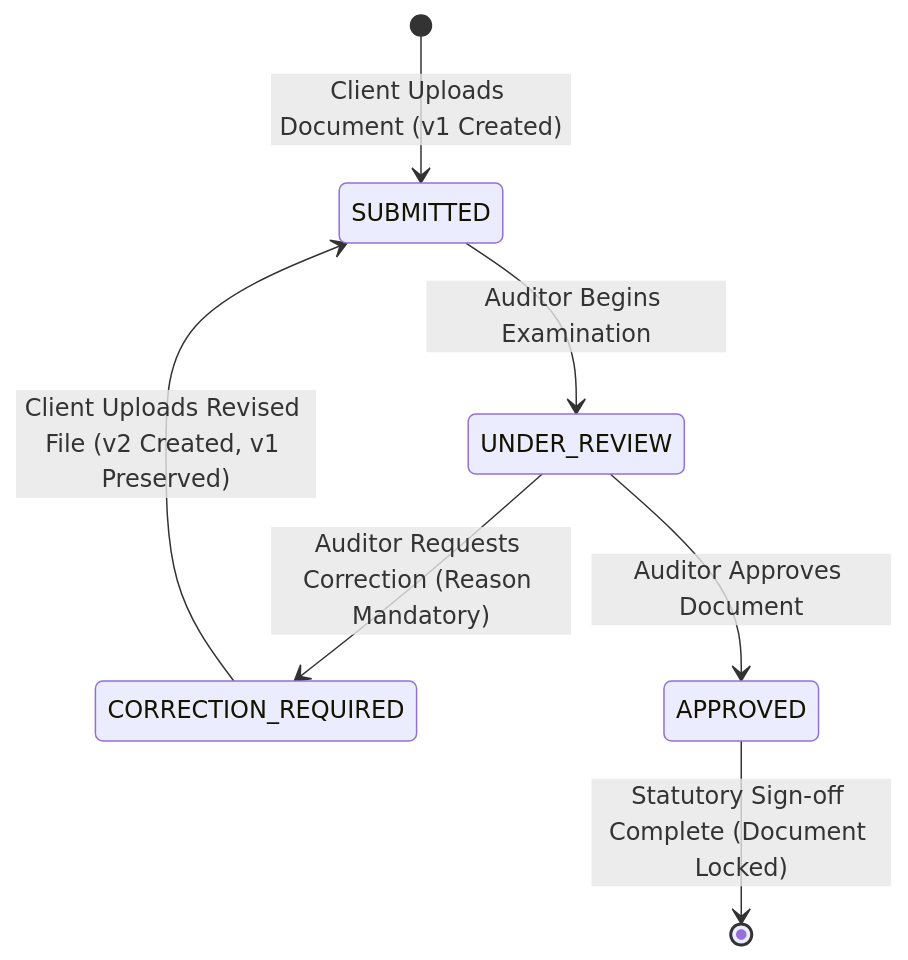
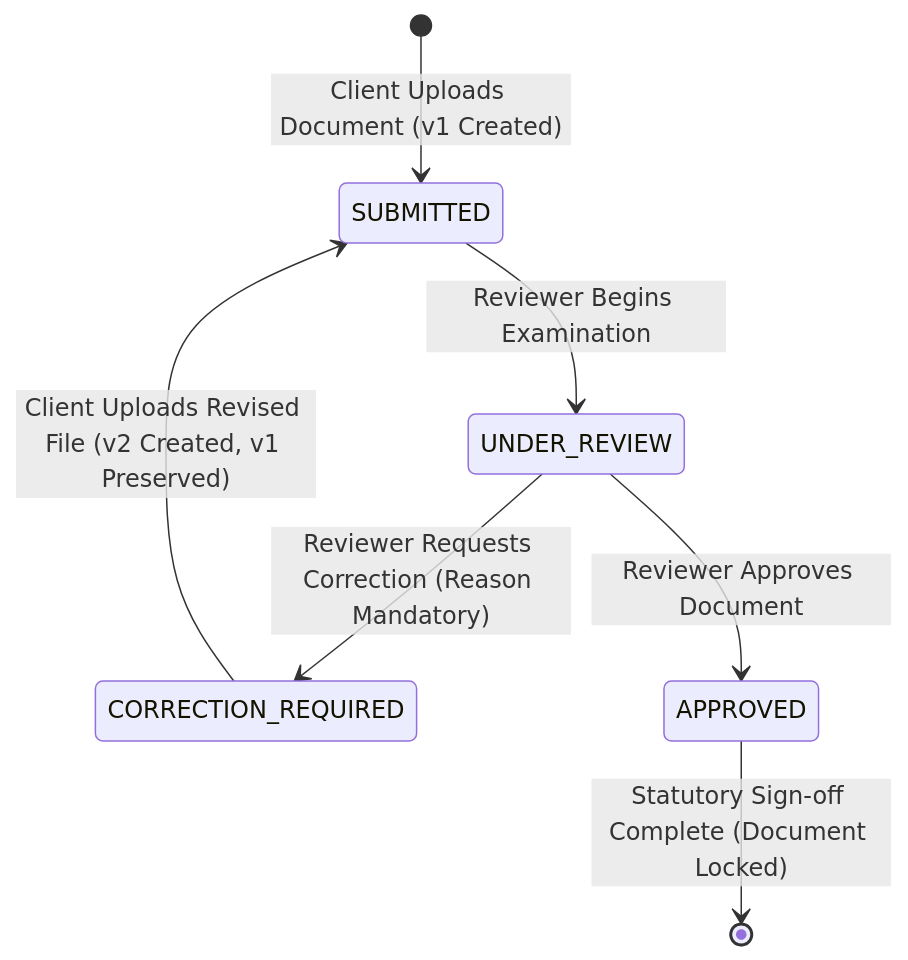
Before and after one commit to sukrut07/Tracera: the diagram in README.md, drawn with Mermaid. The commit also changed other lines of this file and 13 other files, not shown here.

````diff
--- a/README.md
+++ b/README.md
@@ -196,12 +121,12 @@
 ```mermaid
 stateDiagram-v2
     [*] --> SUBMITTED: Client Uploads Document (v1 Created)
-    SUBMITTED --> UNDER_REVIEW: Auditor Begins Examination
+    SUBMITTED --> UNDER_REVIEW: Reviewer Begins Examination
     
-    UNDER_REVIEW --> CORRECTION_REQUIRED: Auditor Requests Correction (Reason Mandatory)
-    UNDER_REVIEW --> APPROVED: Auditor Approves Document
+    UNDER_REVIEW --> CORRECTION_REQUIRED: Reviewer Requests Correction (Reason Mandatory)
+    UNDER_REVIEW --> APPROVED: Reviewer Approves Document
     
     CORRECTION_REQUIRED --> SUBMITTED: Client Uploads Revised File (v2 Created, v1 Preserved)
     
     APPROVED --> [*]: Statutory Sign-off Complete (Document Locked)
 ```
````
